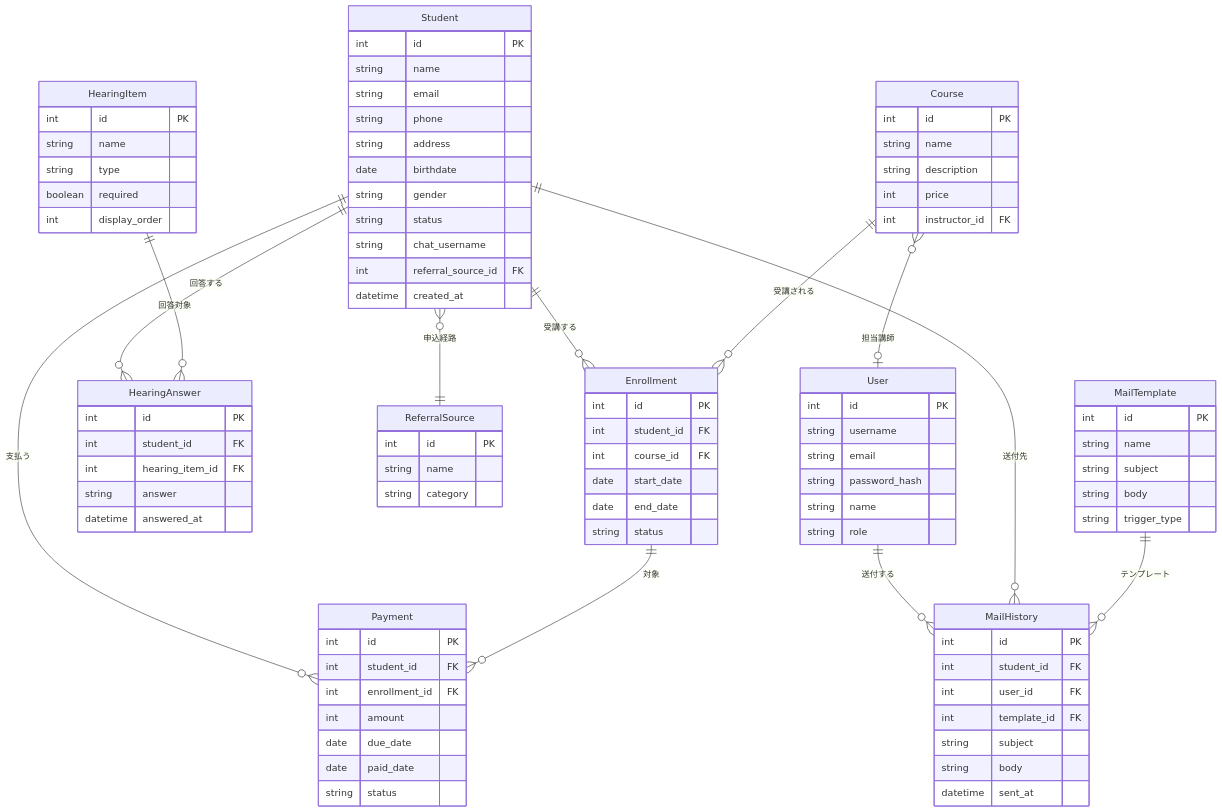
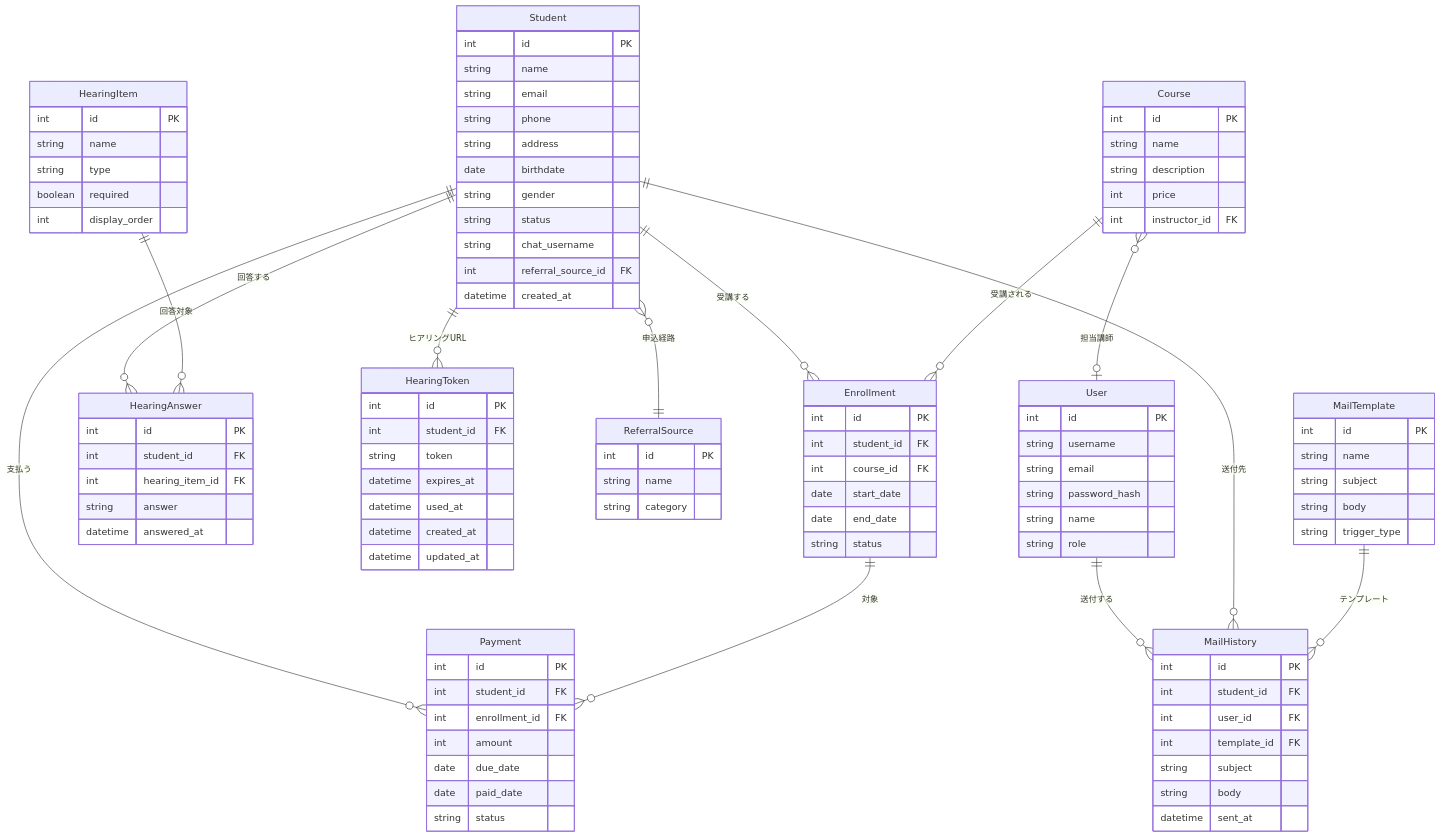
Before and after one commit to koujienami/studentManagementAI: the diagram in docs/01_要件定義/概念データモデル.md, drawn with Mermaid. The commit also changed other lines of this file and 5 other files, not shown here.

```diff
--- a/docs/01_要件定義/概念データモデル.md
+++ b/docs/01_要件定義/概念データモデル.md
@@ -24,6 +25,7 @@
     Student ||--o{ Enrollment : "受講する"
     Student ||--o{ Payment : "支払う"
     Student ||--o{ HearingAnswer : "回答する"
+    Student ||--o{ HearingToken : "ヒアリングURL"
     Student }o--|| ReferralSource : "申込経路"
     
     Course ||--o{ Enrollment : "受講される"
@@ -32,6 +34,16 @@
     Enrollment ||--o{ Payment : "対象"
     
     HearingItem ||--o{ HearingAnswer : "回答対象"
+
+    HearingToken {
+        int id PK
+        int student_id FK
+        string token
+        datetime expires_at
+        datetime used_at
+        datetime created_at
+        datetime updated_at
+    }
     
     User ||--o{ MailHistory : "送付する"
     Student ||--o{ MailHistory : "送付先"
```
